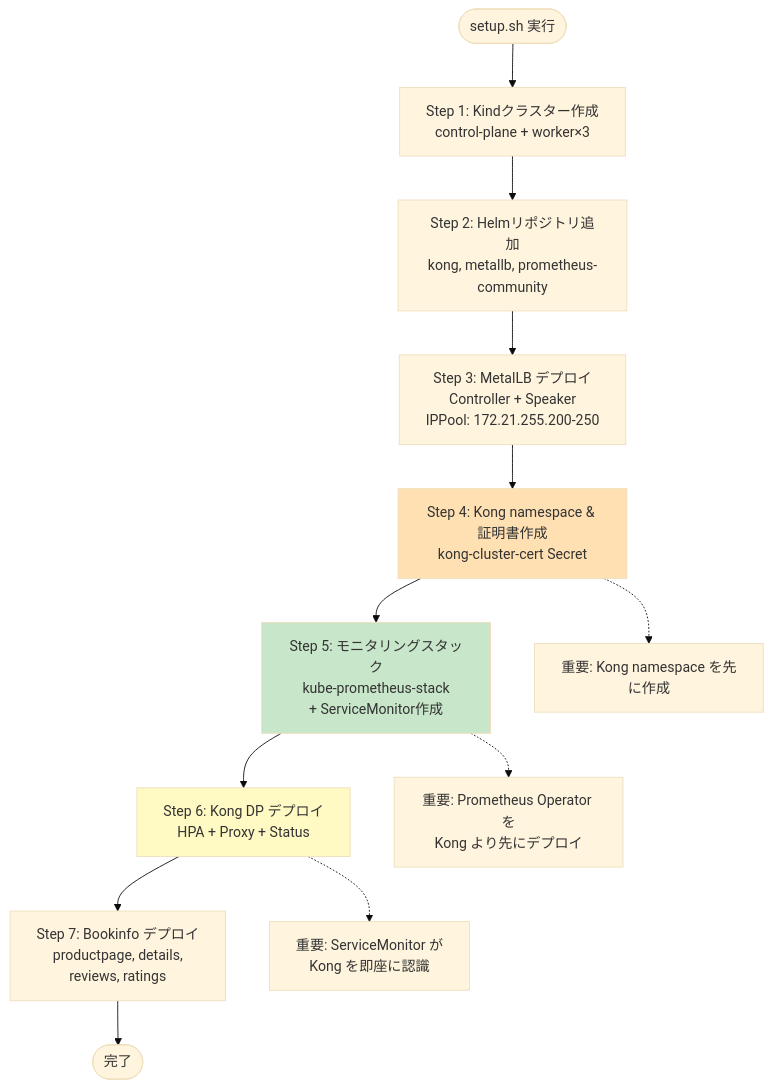
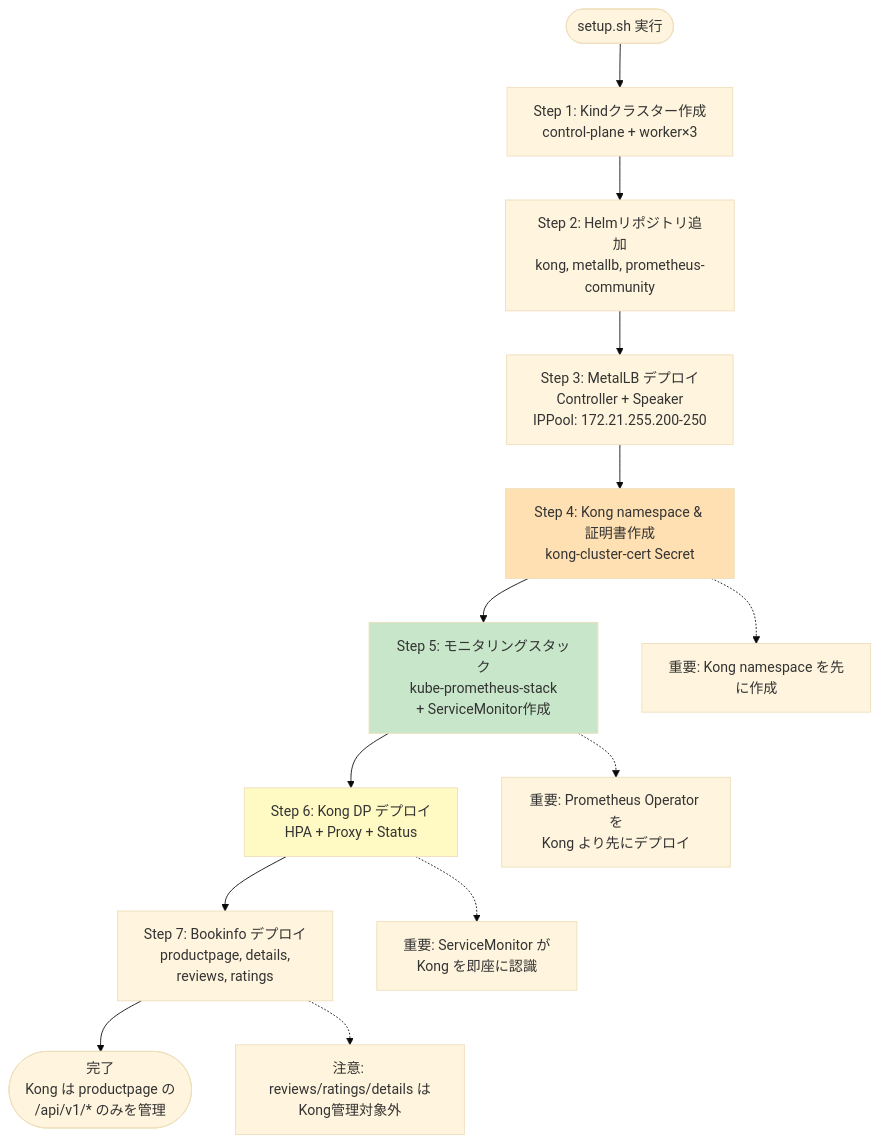
Before and after one commit to ftuajii/kong-work: the fifth of 6 diagrams in ARCHITECTURE.md, drawn with Mermaid (base theme). The commit also changed other lines of this file and 2 other files, not shown here.

Commit message:
ARCHITECTURE.mdとREADME.mdを更新し、Kongが管理するエンドポイントの明確化とテストリクエストスクリプトの修正を行いました。send-test-requests.shでは、成功リクエストの数を調整し、詳細エンドポイントへのリクエストを削除しました。

````diff
--- a/ARCHITECTURE.md
+++ b/ARCHITECTURE.md
@@ -181,29 +177,31 @@
 ```mermaid
 graph TD
     Start([setup.sh 実行])
 
     Start --> Step1[Step 1: Kindクラスター作成<br/>control-plane + worker×3]
     Step1 --> Step2[Step 2: Helmリポジトリ追加<br/>kong, metallb, prometheus-community]
     Step2 --> Step3[Step 3: MetalLB デプロイ<br/>Controller + Speaker<br/>IPPool: 172.21.255.200-250]
     Step3 --> Step4[Step 4: Kong namespace & 証明書作成<br/>kong-cluster-cert Secret]
 
     Step4 --> Step5[Step 5: モニタリングスタック<br/>kube-prometheus-stack<br/>+ ServiceMonitor作成]
 
     Step5 --> Step6[Step 6: Kong DP デプロイ<br/>HPA + Proxy + Status]
 
     Step6 --> Step7[Step 7: Bookinfo デプロイ<br/>productpage, details,<br/>reviews, ratings]
 
-    Step7 --> End([完了])
+    Step7 --> End([完了<br/>Kong は productpage の<br/>/api/v1/* のみを管理])
 
     style Step4 fill:#ffe0b2
     style Step5 fill:#c8e6c9
     style Step6 fill:#fff9c4
 
     Note1[重要: Kong namespace を先に作成]
     Note2[重要: Prometheus Operator を<br/>Kong より先にデプロイ]
     Note3[重要: ServiceMonitor が<br/>Kong を即座に認識]
+    Note4[注意: reviews/ratings/details は<br/>Kong管理対象外]
 
     Step4 -.-> Note1
     Step5 -.-> Note2
     Step6 -.-> Note3
+    Step7 -.-> Note4
 ```
````
